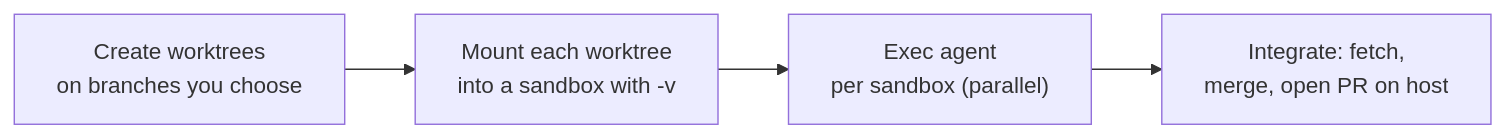
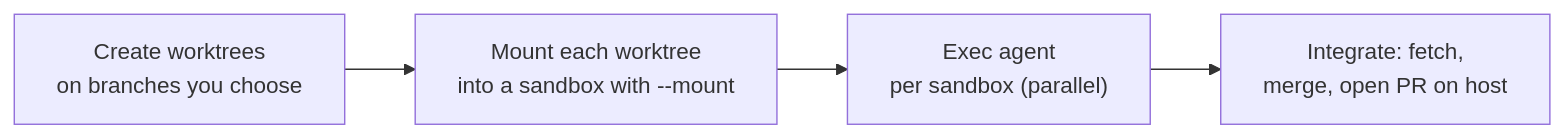
Before and after one commit to IniZio/nexus: the diagram in docs/site/recipes/parallel-dev-flow.md, drawn with Mermaid. The commit also changed other lines of this file and 14 other files, not shown here.

````diff
--- a/docs/site/recipes/parallel-dev-flow.md
+++ b/docs/site/recipes/parallel-dev-flow.md
@@ -19,6 +19,6 @@
 ```mermaid
 flowchart LR
-    A["Create worktrees<br/>on branches you choose"] --> B["Mount each worktree<br/>into a sandbox with -v"]
+    A["Create worktrees<br/>on branches you choose"] --> B["Mount each worktree<br/>into a sandbox with --mount"]
     B --> C["Exec agent<br/>per sandbox (parallel)"]
     C --> D["Integrate: fetch,<br/>merge, open PR on host"]
 ```
````
